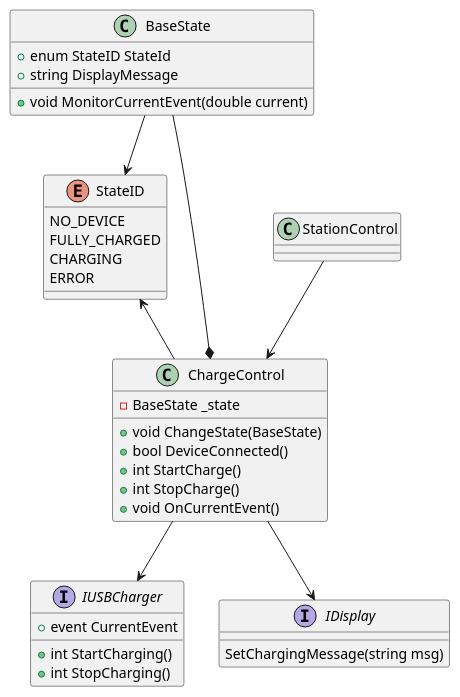
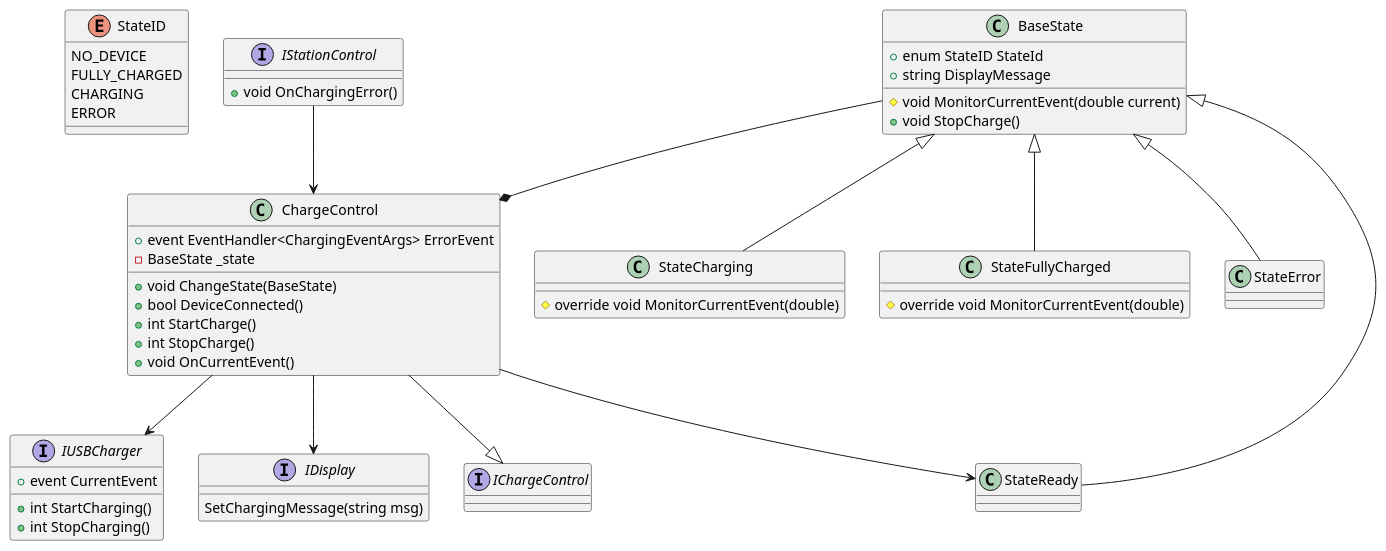
One commit to au618503/Ladeskab changed the diagram in Docs/ChargeControl_cd.puml. Above: the diagram before and after it, drawn with PlantUML. The commit also changed 4 other files, not shown here.

Commit message:
Changed class diagrams. Added StationControl CD

```diff
--- a/Docs/ChargeControl_cd.puml
+++ b/Docs/ChargeControl_cd.puml
@@ -1,44 +1,66 @@
 @startuml ChargeControl_cd
 
 enum StateID{
     NO_DEVICE
     FULLY_CHARGED
     CHARGING
     ERROR
 }
 
 class ChargeControl{
+    + event EventHandler<ChargingEventArgs> ErrorEvent
     - BaseState _state
     + void ChangeState(BaseState)
     + bool DeviceConnected()
     + int StartCharge()
     + int StopCharge()
     + void OnCurrentEvent()
 }
 
 class BaseState{
     + enum StateID StateId
     + string DisplayMessage
-    + void MonitorCurrentEvent(double current)
+    # void MonitorCurrentEvent(double current)
+    + void StopCharge()
 
 }
 
 interface IUSBCharger{
     + event CurrentEvent
     + int StartCharging()
     + int StopCharging()
 }
 
 interface IDisplay{
     SetChargingMessage(string msg)
 }
 
-StateID <-- ChargeControl
-StationControl --> ChargeControl
+interface IStationControl{
+    + void OnChargingError()
+}
+
+interface IChargeControl{
+
+}
+
+class StateCharging{
+    # override void MonitorCurrentEvent(double)
+}
+
+class StateFullyCharged{
+    # override void MonitorCurrentEvent(double)
+}
+
+IStationControl --> ChargeControl
 ChargeControl --> IDisplay
 ChargeControl --> IUSBCharger
+ChargeControl --|> IChargeControl
 BaseState --* ChargeControl
-BaseState --> StateID
+BaseState <|-- StateCharging
+BaseState <|-- StateError
+BaseState <|-- StateReady
+BaseState <|-- StateFullyCharged
+ChargeControl --> StateReady
 
 
 @enduml
```
